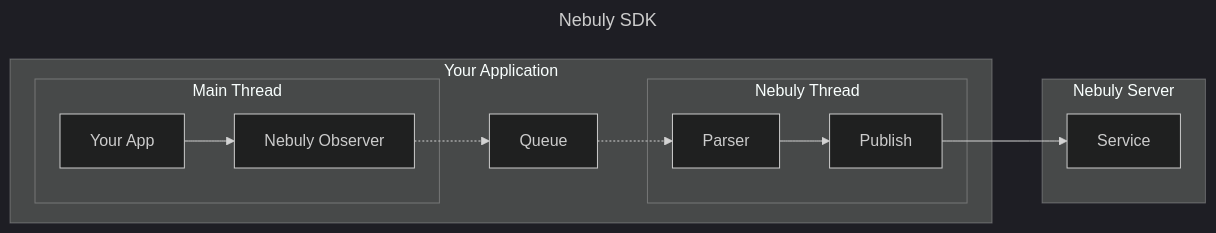
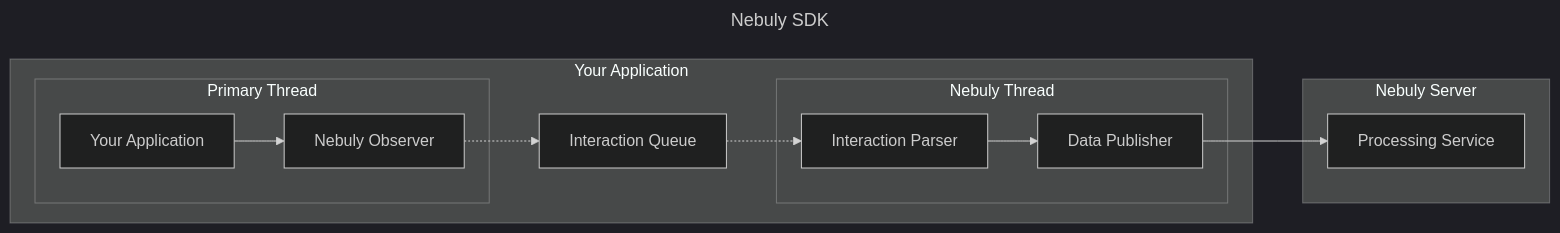
One commit to nebuly-ai/nebuly-sdk changed the diagram in architecture.md. Above: the diagram before and after it, drawn with Mermaid (dark theme). The commit also changed other lines of this file, not shown here.

Commit message:
architecture v2

````diff
--- a/architecture.md
+++ b/architecture.md
@@ -11,21 +11,21 @@
 ```mermaid
 ---
 title: Nebuly SDK
 ---
 flowchart LR
     subgraph Your Application
-        subgraph Main Thread
-            YourApp[Your App] --> Observer[Nebuly Observer]
+        subgraph Primary Thread
+            YourApp[Your Application] --> Observer[Nebuly Observer]
         end
 
-        Observer .-> Queue
-        Queue .-> Parser
+        Observer .-> InteractionQueue[Interaction Queue]
+        InteractionQueue .-> InteractionParser[Interaction Parser]
 
         subgraph Nebuly Thread
-            Parser --> Publish
+            InteractionParser --> DataPublisher[Data Publisher]
         end
     end
     subgraph Nebuly Server
-        Publish --> Service
+        DataPublisher --> ProcessingService[Processing Service]
     end
 ```
````
